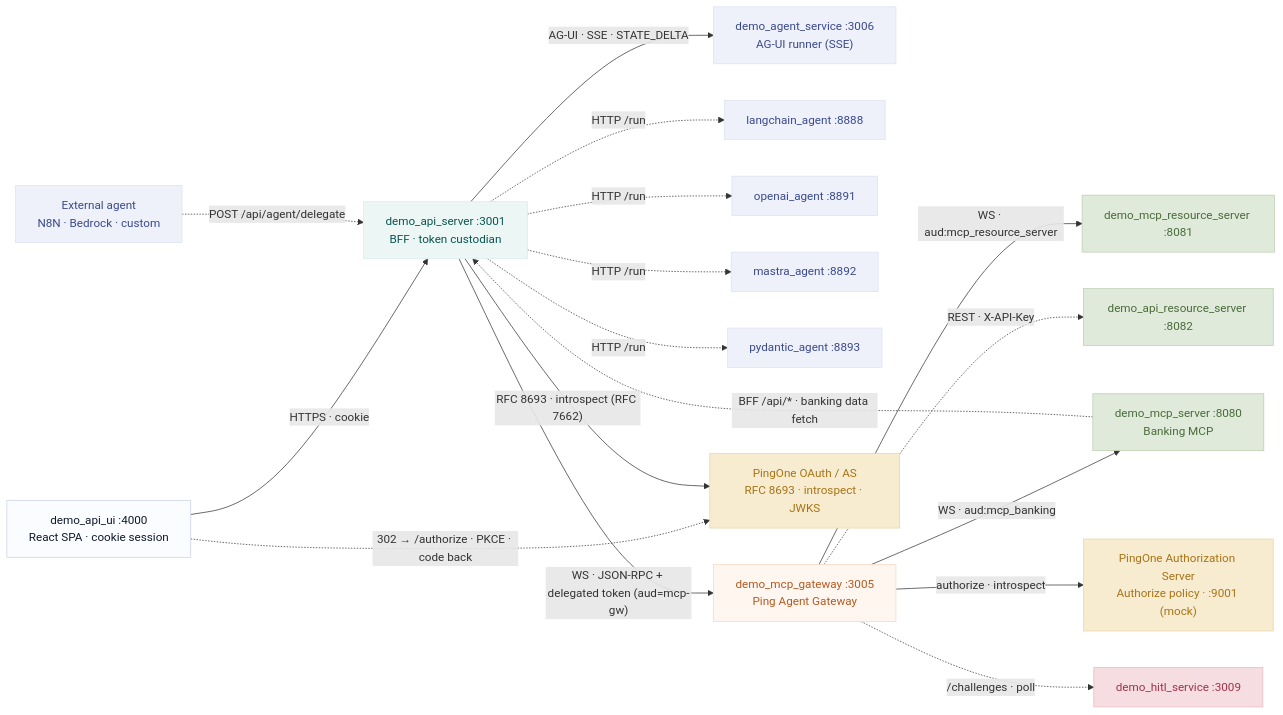
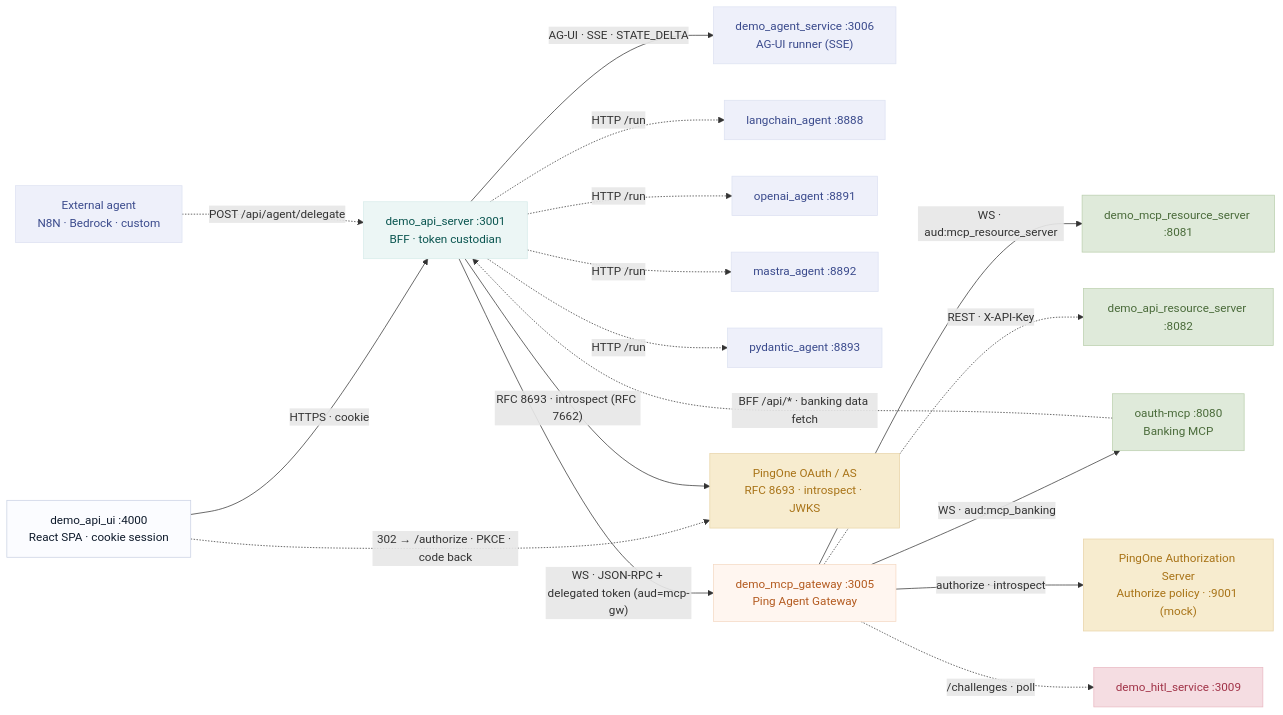
One commit to curtismu7/AI-DEMO2 changed the first of 2 diagrams in README.md. Above: the diagram before and after it, drawn with Mermaid. The commit also changed other lines of this file, not shown here.

First line of the commit message:
docs(readme): demo_mcp_server -> oauth-mcp (directory does not exist)

````diff
--- a/README.md
+++ b/README.md
@@ -106,43 +106,43 @@
 ```mermaid
 flowchart LR
   classDef client    fill:#fbfcff,stroke:#c9d1e3,color:#0e1a2b
   classDef bff       fill:#ecf6f5,stroke:#d8eceb,color:#0a5550
   classDef agent     fill:#eef0fa,stroke:#dde2f2,color:#3a4a8c
   classDef gw        fill:#fff6f0,stroke:#f5d9c4,color:#b35a1f
   classDef hitl      fill:#f5dde2,stroke:#e9b8c2,color:#a13348
   classDef mcp       fill:#dfeada,stroke:#bbcfae,color:#4a6b3a
   classDef ping      fill:#f7eccf,stroke:#e8d4a8,color:#a87317
 
   UI["demo_api_ui :4000<br/>React SPA · cookie session"]:::client
   SRV["demo_api_server :3001<br/>BFF · token custodian"]:::bff
   AGSVC["demo_agent_service :3006<br/>AG-UI runner (SSE)"]:::agent
   LC["langchain_agent :8888"]:::agent
   OA["openai_agent :8891"]:::agent
   MS["mastra_agent :8892"]:::agent
   PD["pydantic_agent :8893"]:::agent
   EXT["External agent<br/>N8N · Bedrock · custom"]:::agent
   GATE["demo_mcp_gateway :3005<br/>Ping Agent Gateway"]:::gw
   HITL["demo_hitl_service :3009"]:::hitl
-  MBANK["demo_mcp_server :8080<br/>Banking MCP"]:::mcp
+  MBANK["oauth-mcp :8080<br/>Banking MCP"]:::mcp
   MINV["demo_mcp_resource_server :8081"]:::mcp
   MMORT["demo_api_resource_server :8082"]:::mcp
   POAUTH["PingOne OAuth / AS<br/>RFC 8693 · introspect · JWKS"]:::ping
   PAAM["PingOne Authorization Server<br/>Authorize policy · :9001 (mock)"]:::ping
 
   UI -->|"HTTPS · cookie"| SRV
   UI -.->|"302 → /authorize · PKCE · code back"| POAUTH
   EXT -.->|"POST /api/agent/delegate"| SRV
   SRV -->|"AG-UI · SSE · STATE_DELTA"| AGSVC
   SRV -.->|"HTTP /run"| LC
   SRV -.->|"HTTP /run"| OA
   SRV -.->|"HTTP /run"| MS
   SRV -.->|"HTTP /run"| PD
   SRV -->|"WS · JSON-RPC + delegated token (aud=mcp-gw)"| GATE
   SRV -->|"RFC 8693 · introspect (RFC 7662)"| POAUTH
   GATE -->|"WS · aud:mcp_banking"| MBANK
   GATE -->|"WS · aud:mcp_resource_server"| MINV
   GATE -.->|"REST · X-API-Key"| MMORT
   GATE -->|"authorize · introspect"| PAAM
   GATE -.->|"/challenges · poll"| HITL
   MBANK -.->|"BFF /api/* · banking data fetch"| SRV
 ```
````
